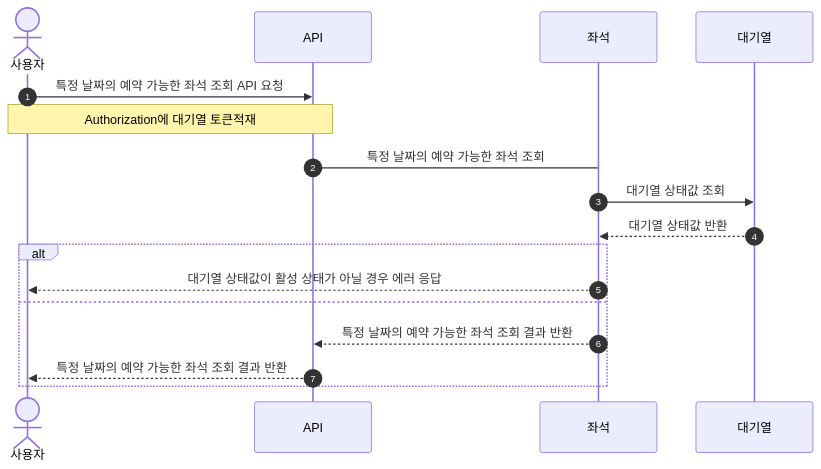
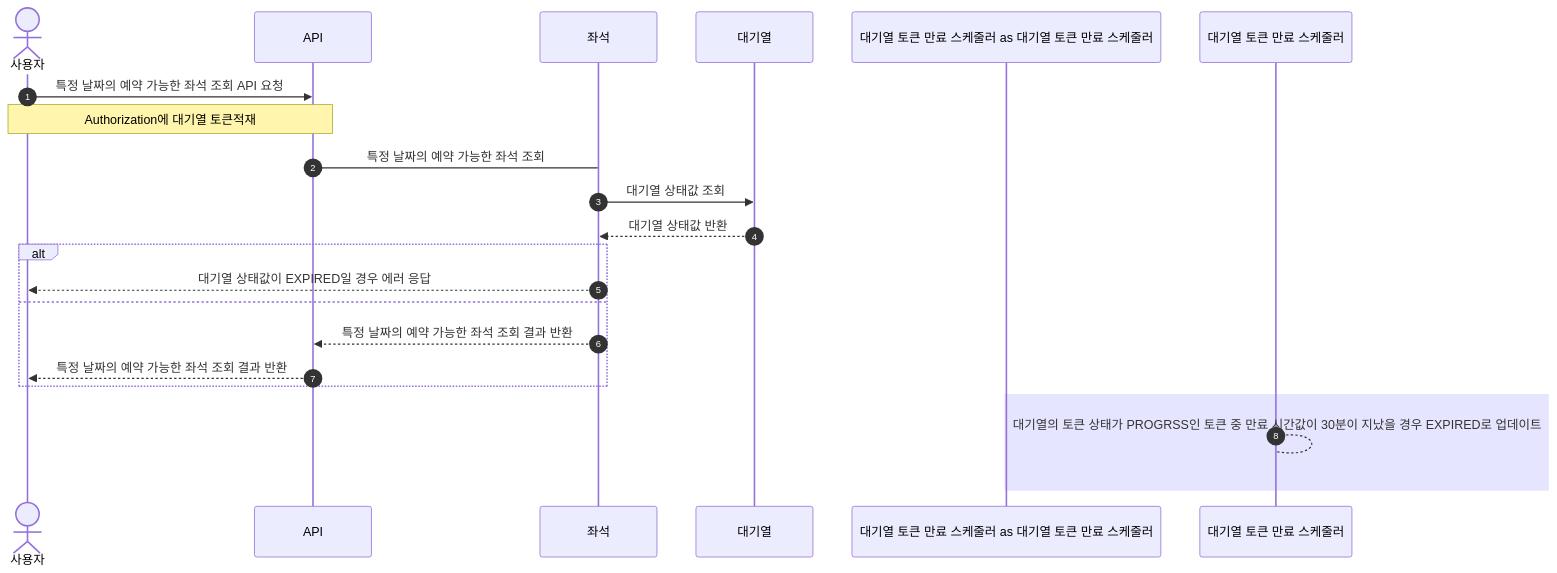
The third of 7 diagrams in docs/sequence.md (jikimee64/hhplus-concert), drawn with Mermaid before and after one commit. The commit also changed other lines of this file and 83 other files, not shown here.

````diff
--- a/docs/sequence.md
+++ b/docs/sequence.md
@@ -56,19 +66,24 @@
 ```mermaid
 sequenceDiagram
     autonumber
     actor 사용자 as 사용자
     participant API as API
     participant 좌석 as 좌석
     participant 대기열 as 대기열
+    participant 대기열 토큰 만료 스케줄러 as 대기열 토큰 만료 스케줄러
     사용자 ->> API: 특정 날짜의 예약 가능한 좌석 조회 API 요청
     Note over 사용자, API: Authorization에 대기열 토큰적재
     API -> 좌석: 특정 날짜의 예약 가능한 좌석 조회
     좌석 ->> 대기열: 대기열 상태값 조회
     대기열 -->> 좌석: 대기열 상태값 반환
     alt
-        좌석 -->> 사용자: 대기열 상태값이 활성 상태가 아닐 경우 에러 응답
+        좌석 -->> 사용자: 대기열 상태값이 EXPIRED일 경우 에러 응답
     else
         좌석 -->> API: 특정 날짜의 예약 가능한 좌석 조회 결과 반환
         API -->> 사용자: 특정 날짜의 예약 가능한 좌석 조회 결과 반환
     end
+    rect rgba(0, 0, 255, .1)
+        대기열 토큰 만료 스케줄러 --> 대기열 토큰 만료 스케줄러: 대기열의 토큰 상태가 PROGRSS인 토큰 중 만료 시간값이 30분이 지났을 경우 EXPIRED로 업데이트
+    end
+
 ```
````
